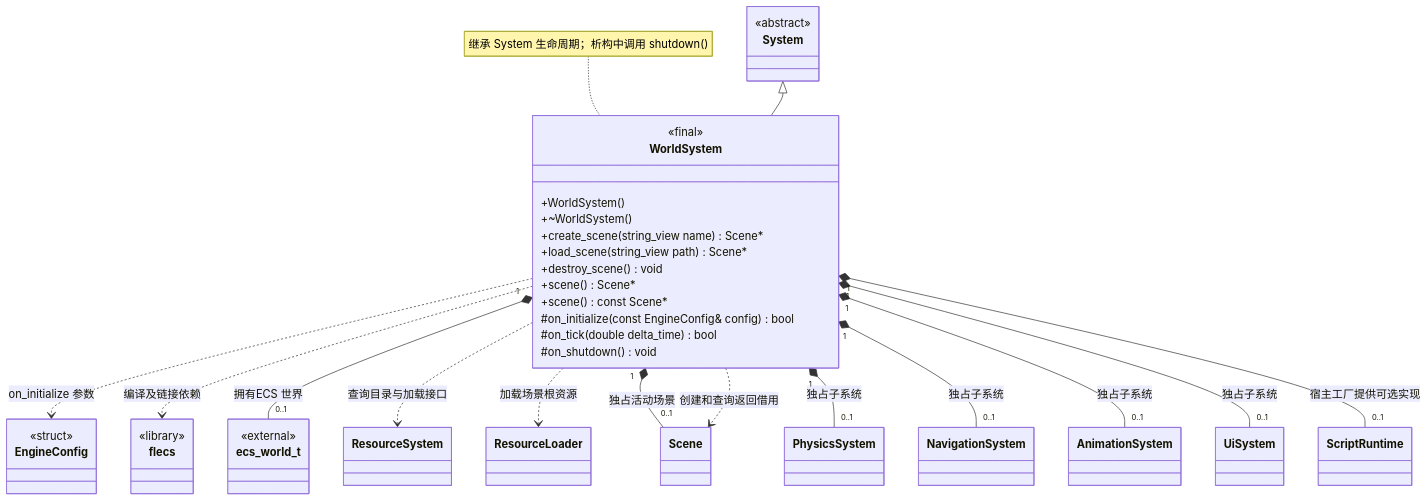
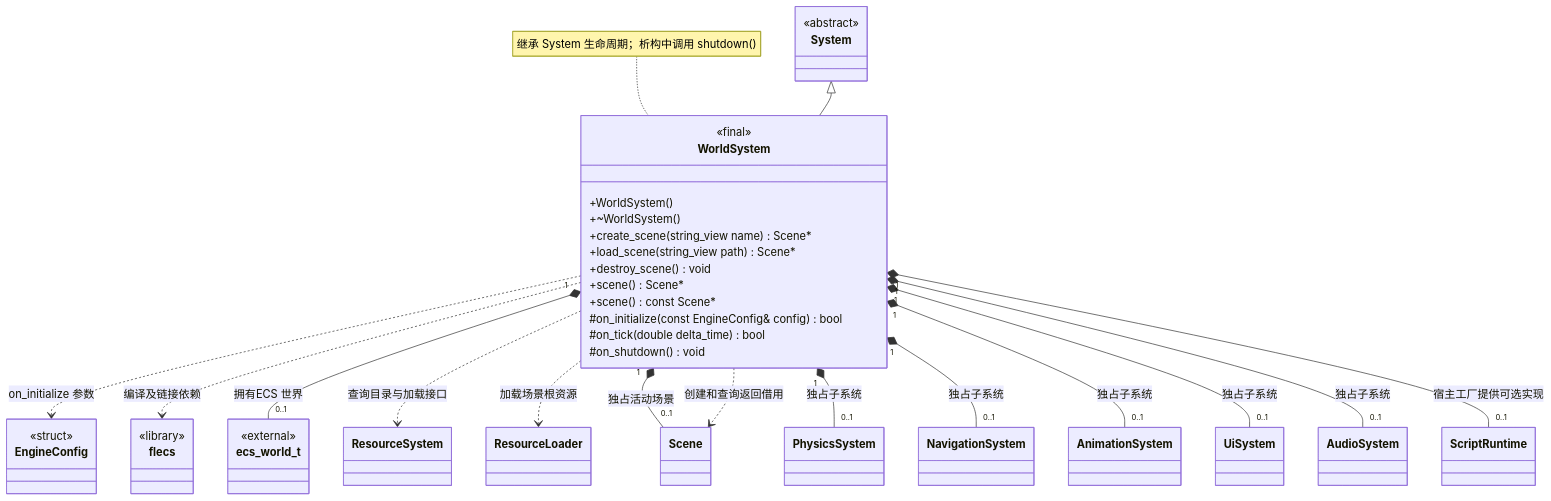
The diagram in docs/runtime/class-diagrams/world-system.md (lcals/Engine), drawn with Mermaid before and after one commit. The commit also changed other lines of this file and 114 other files, not shown here.

````diff
--- a/docs/runtime/class-diagrams/world-system.md
+++ b/docs/runtime/class-diagrams/world-system.md
@@ -7,51 +7,53 @@
 ```mermaid
 classDiagram
     direction TB
     class WorldSystem {
         <<final>>
         +WorldSystem()
         +~WorldSystem()
         +create_scene(string_view name) Scene#42;
         +load_scene(string_view path) Scene#42;
         +destroy_scene() void
         +scene() Scene#42;
         +scene() const Scene#42;
         #on_initialize(const EngineConfig& config) bool
         #on_tick(double delta_time) bool
         #on_shutdown() void
     }
     class System {
         <<abstract>>
     }
     class EngineConfig {
         <<struct>>
     }
     class flecs["flecs"] {
         <<library>>
     }
     class ecs_world_t {
         <<external>>
     }
     System <|-- WorldSystem
     WorldSystem ..> EngineConfig : on_initialize 参数
     WorldSystem ..> flecs : 编译及链接依赖
     WorldSystem "1" *-- "0..1" ecs_world_t : 拥有ECS 世界
     class ResourceSystem
     class ResourceLoader
     class Scene
     WorldSystem ..> ResourceSystem : 查询目录与加载接口
     WorldSystem ..> ResourceLoader : 加载场景根资源
     WorldSystem "1" *-- "0..1" Scene : 独占活动场景
     WorldSystem ..> Scene : 创建和查询返回借用
     class PhysicsSystem
     WorldSystem "1" *-- "0..1" PhysicsSystem : 独占子系统
     class NavigationSystem
     WorldSystem "1" *-- "0..1" NavigationSystem : 独占子系统
     class AnimationSystem
     WorldSystem "1" *-- "0..1" AnimationSystem : 独占子系统
     class UiSystem
     WorldSystem "1" *-- "0..1" UiSystem : 独占子系统
+    class AudioSystem
+    WorldSystem "1" *-- "0..1" AudioSystem : 独占子系统
     class ScriptRuntime
     WorldSystem "1" *-- "0..1" ScriptRuntime : 宿主工厂提供可选实现
     note for WorldSystem "继承 System 生命周期；析构中调用 shutdown()"
 ```
````
